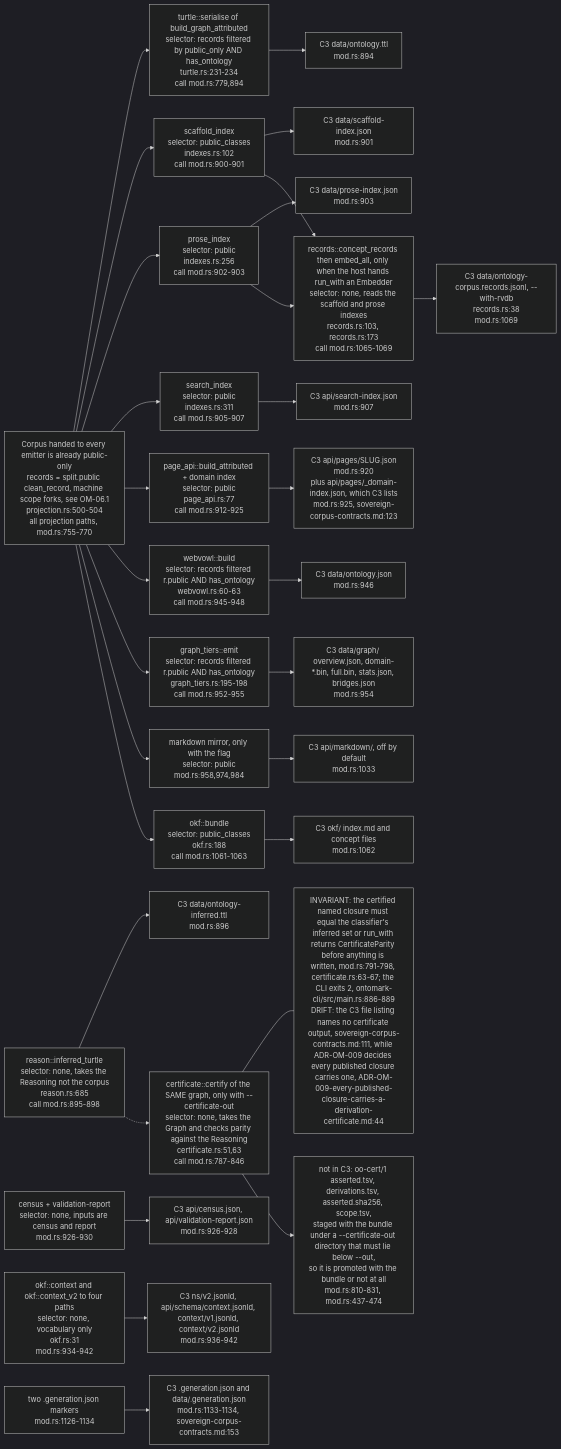
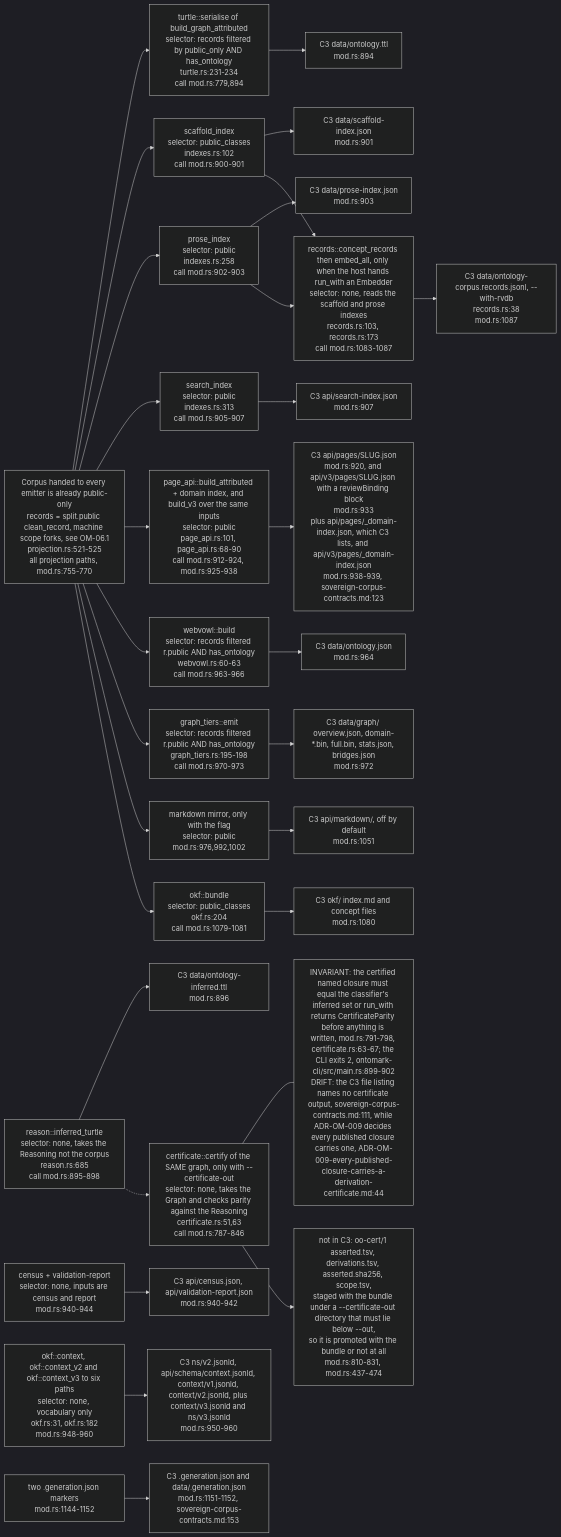
The first of 7 diagrams in docs/diagrams/ontomark/04-emitters-turtle-indexes-tiers-and-contract-c3.md (DreamLab-AI/VisionFlow), drawn with Mermaid (dark theme) before and after one commit. The commit also changed other lines of this file and 70 other files, not shown here.

First line of the commit message:
docs(diagrams): re-verify 69 topics at current default-branch heads

````diff
--- a/docs/diagrams/ontomark/04-emitters-turtle-indexes-tiers-and-contract-c3.md
+++ b/docs/diagrams/ontomark/04-emitters-turtle-indexes-tiers-and-contract-c3.md
@@ -34,40 +34,40 @@
 ```mermaid
 flowchart LR
-    PROJ["Corpus handed to every emitter is already public-only<br/>records = split.public clean_record, machine scope forks, see OM-06.1<br/>projection.rs:500-504<br/>all projection paths, mod.rs:755-770"]
+    PROJ["Corpus handed to every emitter is already public-only<br/>records = split.public clean_record, machine scope forks, see OM-06.1<br/>projection.rs:521-525<br/>all projection paths, mod.rs:755-770"]
     TTL["turtle::serialise of build_graph_attributed<br/>selector: records filtered by public_only AND has_ontology<br/>turtle.rs:231-234<br/>call mod.rs:779,894"]
     INF["reason::inferred_turtle<br/>selector: none, takes the Reasoning not the corpus<br/>reason.rs:685<br/>call mod.rs:895-898"]
     SCA["scaffold_index<br/>selector: public_classes<br/>indexes.rs:102<br/>call mod.rs:900-901"]
-    PRO["prose_index<br/>selector: public<br/>indexes.rs:256<br/>call mod.rs:902-903"]
-    SRCH["search_index<br/>selector: public<br/>indexes.rs:311<br/>call mod.rs:905-907"]
-    PG["page_api::build_attributed + domain index<br/>selector: public<br/>page_api.rs:77<br/>call mod.rs:912-925"]
-    CEN["census + validation-report<br/>selector: none, inputs are census and report<br/>mod.rs:926-930"]
-    CTX["okf::context and okf::context_v2 to four paths<br/>selector: none, vocabulary only<br/>okf.rs:31<br/>mod.rs:934-942"]
-    VOWL["webvowl::build<br/>selector: records filtered r.public AND has_ontology<br/>webvowl.rs:60-63<br/>call mod.rs:945-948"]
-    TIER["graph_tiers::emit<br/>selector: records filtered r.public AND has_ontology<br/>graph_tiers.rs:195-198<br/>call mod.rs:952-955"]
-    MIR["markdown mirror, only with the flag<br/>selector: public<br/>mod.rs:958,974,984"]
-    OKF["okf::bundle<br/>selector: public_classes<br/>okf.rs:188<br/>call mod.rs:1061-1063"]
-    GEN["two .generation.json markers<br/>mod.rs:1126-1134"]
+    PRO["prose_index<br/>selector: public<br/>indexes.rs:258<br/>call mod.rs:902-903"]
+    SRCH["search_index<br/>selector: public<br/>indexes.rs:313<br/>call mod.rs:905-907"]
+    PG["page_api::build_attributed + domain index, and build_v3 over the same inputs<br/>selector: public<br/>page_api.rs:101, page_api.rs:68-90<br/>call mod.rs:912-924, mod.rs:925-938"]
+    CEN["census + validation-report<br/>selector: none, inputs are census and report<br/>mod.rs:940-944"]
+    CTX["okf::context, okf::context_v2 and okf::context_v3 to six paths<br/>selector: none, vocabulary only<br/>okf.rs:31, okf.rs:182<br/>mod.rs:948-960"]
+    VOWL["webvowl::build<br/>selector: records filtered r.public AND has_ontology<br/>webvowl.rs:60-63<br/>call mod.rs:963-966"]
+    TIER["graph_tiers::emit<br/>selector: records filtered r.public AND has_ontology<br/>graph_tiers.rs:195-198<br/>call mod.rs:970-973"]
+    MIR["markdown mirror, only with the flag<br/>selector: public<br/>mod.rs:976,992,1002"]
+    OKF["okf::bundle<br/>selector: public_classes<br/>okf.rs:204<br/>call mod.rs:1079-1081"]
+    GEN["two .generation.json markers<br/>mod.rs:1144-1152"]
     CERT["certificate::certify of the SAME graph, only with --certificate-out<br/>selector: none, takes the Graph and checks parity against the Reasoning<br/>certificate.rs:51,63<br/>call mod.rs:787-846"]
     PROJ --> TTL & SCA & PRO & SRCH & PG & VOWL & TIER & MIR & OKF
     TTL --> C1["C3 data/ontology.ttl<br/>mod.rs:894"]
     INF --> C2["C3 data/ontology-inferred.ttl<br/>mod.rs:896"]
     SCA --> C3["C3 data/scaffold-index.json<br/>mod.rs:901"]
     PRO --> C4["C3 data/prose-index.json<br/>mod.rs:903"]
     SRCH --> C5["C3 api/search-index.json<br/>mod.rs:907"]
-    PG --> C6["C3 api/pages/SLUG.json<br/>mod.rs:920<br/>plus api/pages/_domain-index.json, which C3 lists<br/>mod.rs:925, sovereign-corpus-contracts.md:123"]
-    CEN --> C7["C3 api/census.json, api/validation-report.json<br/>mod.rs:926-928"]
-    CTX --> C8["C3 ns/v2.jsonld, api/schema/context.jsonld, context/v1.jsonld, context/v2.jsonld<br/>mod.rs:936-942"]
-    VOWL --> C9["C3 data/ontology.json<br/>mod.rs:946"]
-    TIER --> C10["C3 data/graph/ overview.json, domain-*.bin, full.bin, stats.json, bridges.json<br/>mod.rs:954"]
-    MIR --> C11["C3 api/markdown/, off by default<br/>mod.rs:1033"]
-    OKF --> C12["C3 okf/ index.md and concept files<br/>mod.rs:1062"]
-    GEN --> C13["C3 .generation.json and data/.generation.json<br/>mod.rs:1133-1134, sovereign-corpus-contracts.md:153"]
+    PG --> C6["C3 api/pages/SLUG.json<br/>mod.rs:920, and api/v3/pages/SLUG.json with a reviewBinding block<br/>mod.rs:933<br/>plus api/pages/_domain-index.json, which C3 lists, and api/v3/pages/_domain-index.json<br/>mod.rs:938-939, sovereign-corpus-contracts.md:123"]
+    CEN --> C7["C3 api/census.json, api/validation-report.json<br/>mod.rs:940-942"]
+    CTX --> C8["C3 ns/v2.jsonld, api/schema/context.jsonld, context/v1.jsonld, context/v2.jsonld, plus context/v3.jsonld and ns/v3.jsonld<br/>mod.rs:950-960"]
+    VOWL --> C9["C3 data/ontology.json<br/>mod.rs:964"]
+    TIER --> C10["C3 data/graph/ overview.json, domain-*.bin, full.bin, stats.json, bridges.json<br/>mod.rs:972"]
+    MIR --> C11["C3 api/markdown/, off by default<br/>mod.rs:1051"]
+    OKF --> C12["C3 okf/ index.md and concept files<br/>mod.rs:1080"]
+    GEN --> C13["C3 .generation.json and data/.generation.json<br/>mod.rs:1151-1152, sovereign-corpus-contracts.md:153"]
     INF -.-> CERT
-    NC["INVARIANT: the certified named closure must equal the classifier's inferred set or run_with returns CertificateParity before anything is written, mod.rs:791-798, certificate.rs:63-67; the CLI exits 2, ontomark-cli/src/main.rs:886-889<br/>DRIFT: the C3 file listing names no certificate output, sovereign-corpus-contracts.md:111, while ADR-OM-009 decides every published closure carries one, ADR-OM-009-every-published-closure-carries-a-derivation-certificate.md:44"]
+    NC["INVARIANT: the certified named closure must equal the classifier's inferred set or run_with returns CertificateParity before anything is written, mod.rs:791-798, certificate.rs:63-67; the CLI exits 2, ontomark-cli/src/main.rs:899-902<br/>DRIFT: the C3 file listing names no certificate output, sovereign-corpus-contracts.md:111, while ADR-OM-009 decides every published closure carries one, ADR-OM-009-every-published-closure-carries-a-derivation-certificate.md:44"]
     CERT --- NC
     CERT --> C15["not in C3: oo-cert/1 asserted.tsv, derivations.tsv, asserted.sha256, scope.tsv,<br/>staged with the bundle under a --certificate-out directory that must lie below --out,<br/>so it is promoted with the bundle or not at all<br/>mod.rs:810-831, mod.rs:437-474"]
-    REC["records::concept_records then embed_all, only when the host hands run_with an Embedder<br/>selector: none, reads the scaffold and prose indexes<br/>records.rs:103, records.rs:173<br/>call mod.rs:1065-1069"]
+    REC["records::concept_records then embed_all, only when the host hands run_with an Embedder<br/>selector: none, reads the scaffold and prose indexes<br/>records.rs:103, records.rs:173<br/>call mod.rs:1083-1087"]
     SCA --> REC
     PRO --> REC
-    REC --> C14["C3 data/ontology-corpus.records.jsonl, --with-rvdb<br/>records.rs:38<br/>mod.rs:1069"]
+    REC --> C14["C3 data/ontology-corpus.records.jsonl, --with-rvdb<br/>records.rs:38<br/>mod.rs:1087"]
 ```
````
